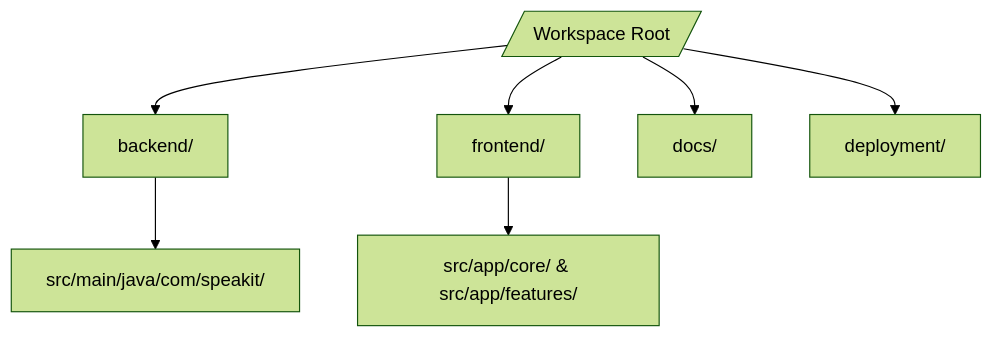
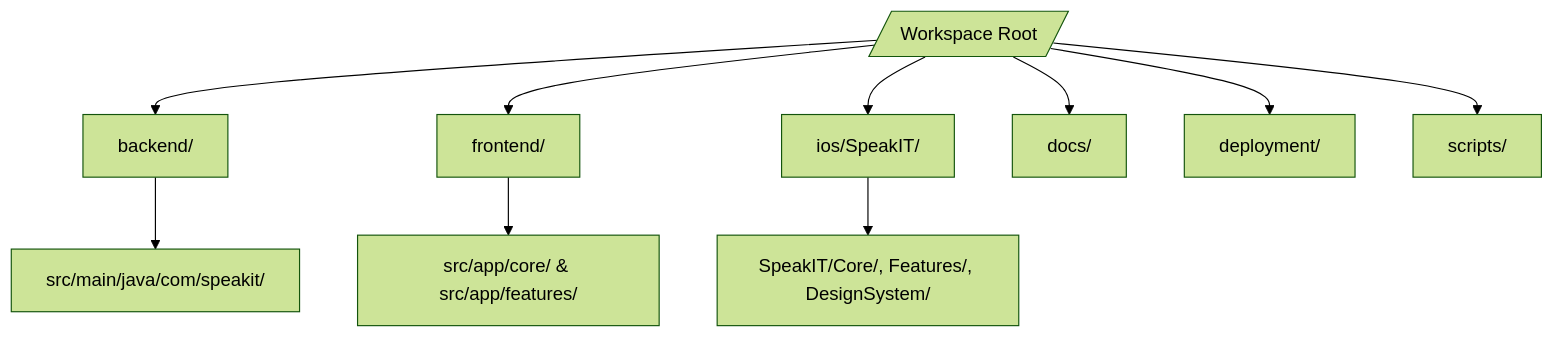
Before and after one commit to Mohitur669/speakit: the second of 26 diagrams in docs/architechture-and-guides/speakit-tech-dive.md, drawn with Mermaid (forest theme). The commit also changed other lines of this file and 31 other files, not shown here.

First line of the commit message:
docs: comprehensive documentation audit, architecture discovery, and specification modernization (#104)

````diff
--- a/docs/architechture-and-guides/speakit-tech-dive.md
+++ b/docs/architechture-and-guides/speakit-tech-dive.md
@@ -238,10 +246,13 @@
 ```mermaid
 graph TD
     Root[/Workspace Root/] --> BE["backend/"]
     Root --> FE["frontend/"]
+    Root --> IOS["ios/SpeakIT/"]
     Root --> Docs["docs/"]
     Root --> Dep["deployment/"]
+    Root --> Scripts["scripts/"]
     
     BE --> BESrc["src/main/java/com/speakit/"]
     FE --> FESrc["src/app/core/ & src/app/features/"]
+    IOS --> IOSSrc["SpeakIT/Core/, Features/, DesignSystem/"]
 ```
````
